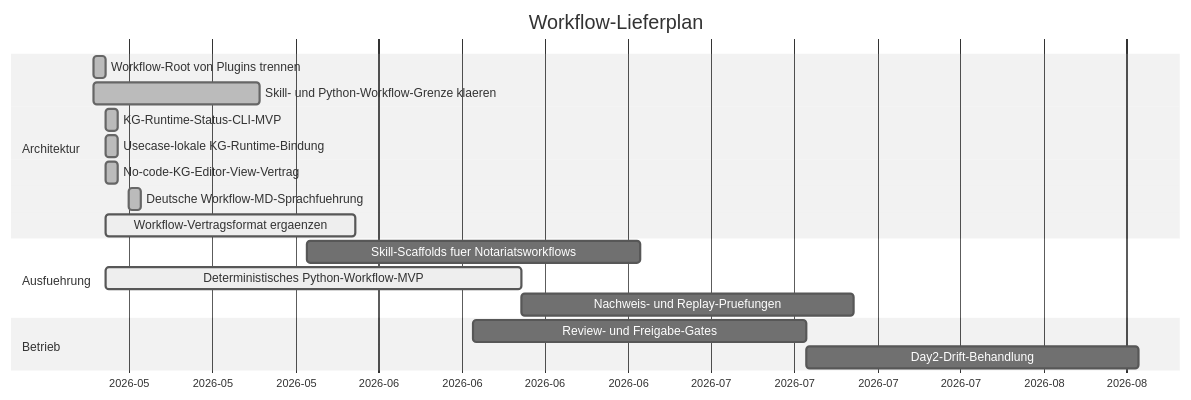
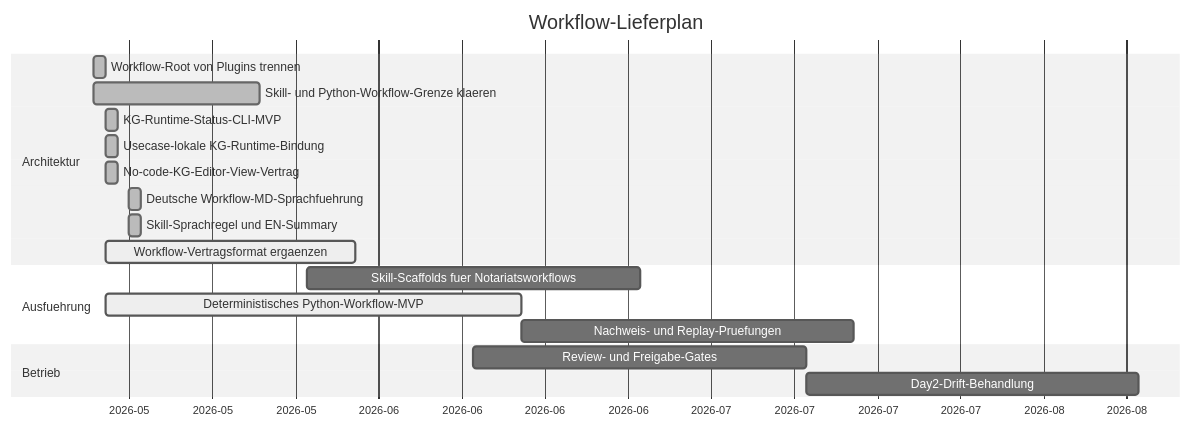
The diagram in workflows/GANTT.md (notariat8/NaC), drawn with Mermaid (neutral theme) before and after one commit. The commit also changed other lines of this file and 21 other files, not shown here.

````diff
--- a/workflows/GANTT.md
+++ b/workflows/GANTT.md
@@ -5,24 +5,25 @@
 ```mermaid
 gantt
     title Workflow-Lieferplan
     dateFormat  YYYY-MM-DD
     axisFormat  %Y-%m
 
     section Architektur
     Workflow-Root von Plugins trennen          :done,   w1, 2026-05-14, 1d
     Skill- und Python-Workflow-Grenze klaeren  :done,   w2, 2026-05-14, 14d
     KG-Runtime-Status-CLI-MVP                  :done,   w3, 2026-05-15, 1d
     Usecase-lokale KG-Runtime-Bindung          :done,   w3a, 2026-05-15, 1d
     No-code-KG-Editor-View-Vertrag             :done,   w4a, 2026-05-15, 1d
     Deutsche Workflow-MD-Sprachfuehrung        :done,   w4b, 2026-05-17, 1d
+    Skill-Sprachregel und EN-Summary            :done,   w4c, 2026-05-17, 1d
     Workflow-Vertragsformat ergaenzen          :active, w4, 2026-05-15, 21d
 
     section Ausfuehrung
     Skill-Scaffolds fuer Notariatsworkflows    :        w5, 2026-06-01, 28d
     Deterministisches Python-Workflow-MVP      :active, w6, 2026-05-15, 35d
     Nachweis- und Replay-Pruefungen            :        w7, after w6, 28d
 
     section Betrieb
     Review- und Freigabe-Gates                 :        w8, 2026-06-15, 28d
     Day2-Drift-Behandlung                      :        w9, after w8, 28d
 ```
````
